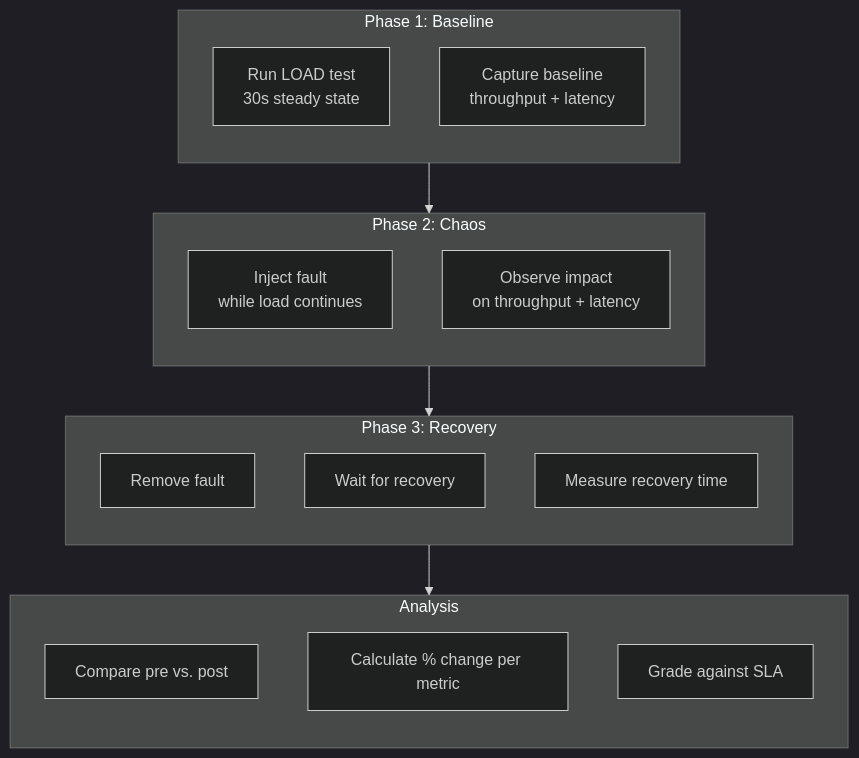
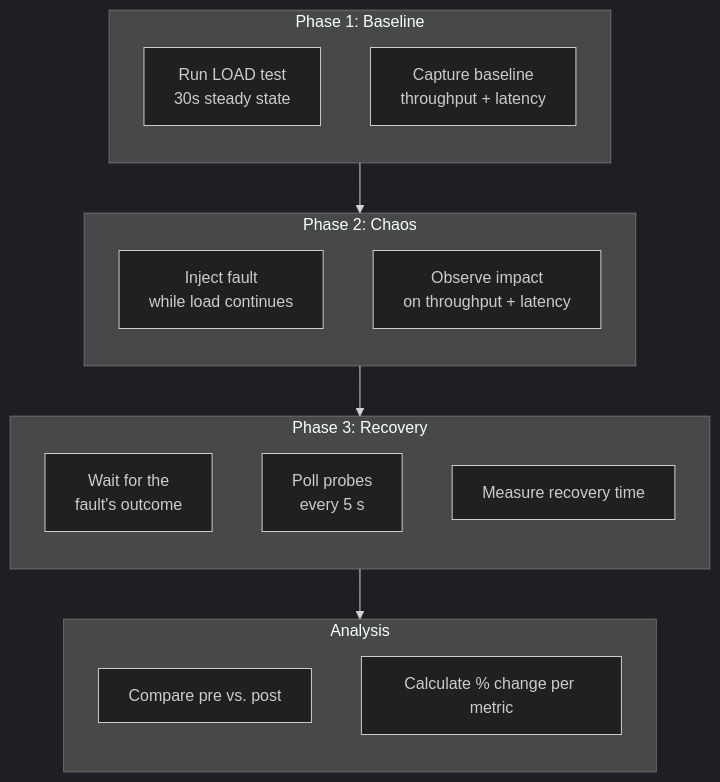
Before and after one commit to actions-marketplace-validations/bmscomp_kates: the ninth of 9 diagrams in docs/book/07-chaos-practice.md, drawn with Mermaid (dark theme). The commit also changed other lines of this file and 2 other files, not shown here.

First line of the commit message:
docs(book): one home for fault injection and the safety guard in Part III (#226)

````diff
--- a/docs/book/07-chaos-practice.md
+++ b/docs/book/07-chaos-practice.md
@@ -629,30 +789,32 @@
 ```mermaid
+%%| label: fig-practice-resilience-run
+%%| fig-cap: "A resilience run injects one fault into a running test, polls its probes until they pass, and compares the test before the fault with the whole run."
+%%| fig-alt: "Flowchart in four phases. Baseline: run a LOAD test with 30 seconds of steady state and capture baseline throughput and latency. Chaos: inject the fault while the load continues and observe its impact on throughput and latency. Recovery: wait for the fault's outcome, poll the probes every 5 seconds, and measure the recovery time. Analysis: compare pre and post, and calculate the percentage change per metric."
 graph TB
     subgraph Phase1["Phase 1: Baseline"]
         direction TB
         B1[Run LOAD test<br/>30s steady state]
         B2[Capture baseline<br/>throughput + latency]
     end
     
     subgraph Phase2["Phase 2: Chaos"]
         direction TB
         C1[Inject fault<br/>while load continues]
         C2[Observe impact<br/>on throughput + latency]
     end
     
     subgraph Phase3["Phase 3: Recovery"]
         direction TB
-        R1[Remove fault]
-        R2[Wait for recovery]
+        R1[Wait for the<br/>fault's outcome]
+        R2[Poll probes<br/>every 5 s]
         R3[Measure recovery time]
     end
     
     subgraph Analysis
         direction TB
         A1[Compare pre vs. post]
         A2[Calculate % change per metric]
-        A3[Grade against SLA]
     end
     
     Phase1 --> Phase2 --> Phase3 --> Analysis
 ```
````
